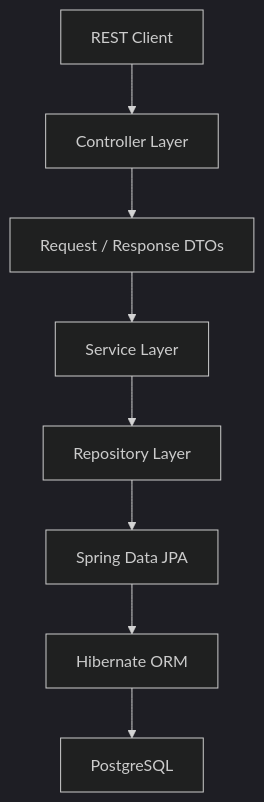
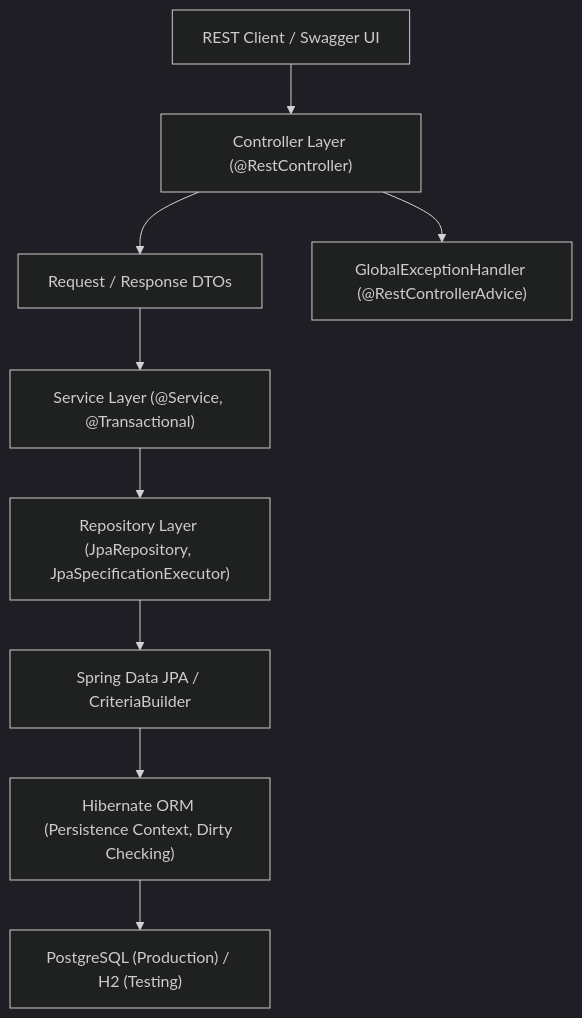
One commit to ayesha19765/ResolveHub changed the first of 2 diagrams in README.md. Above: the diagram before and after it, drawn with Mermaid (dark theme). The commit also changed other lines of this file and 15 other files, not shown here.

````diff
--- a/README.md
+++ b/README.md
@@ -38,17 +50,19 @@
 ```mermaid
 flowchart TD
 
-    Client["REST Client"] --> Controller["Controller Layer"]
+    Client["REST Client / Swagger UI"] --> Controller["Controller Layer (@RestController)"]
 
     Controller --> DTO["Request / Response DTOs"]
 
-    DTO --> Service["Service Layer"]
+    Controller --> ExceptionHandler["GlobalExceptionHandler (@RestControllerAdvice)"]
 
-    Service --> Repository["Repository Layer"]
+    DTO --> Service["Service Layer (@Service, @Transactional)"]
 
-    Repository --> JPA["Spring Data JPA"]
+    Service --> Repository["Repository Layer (JpaRepository, JpaSpecificationExecutor)"]
 
-    JPA --> Hibernate["Hibernate ORM"]
+    Repository --> JPA["Spring Data JPA / CriteriaBuilder"]
 
-    Hibernate --> PostgreSQL["PostgreSQL"]
+    JPA --> Hibernate["Hibernate ORM (Persistence Context, Dirty Checking)"]
+
+    Hibernate --> PostgreSQL["PostgreSQL (Production) / H2 (Testing)"]
 ```
````
